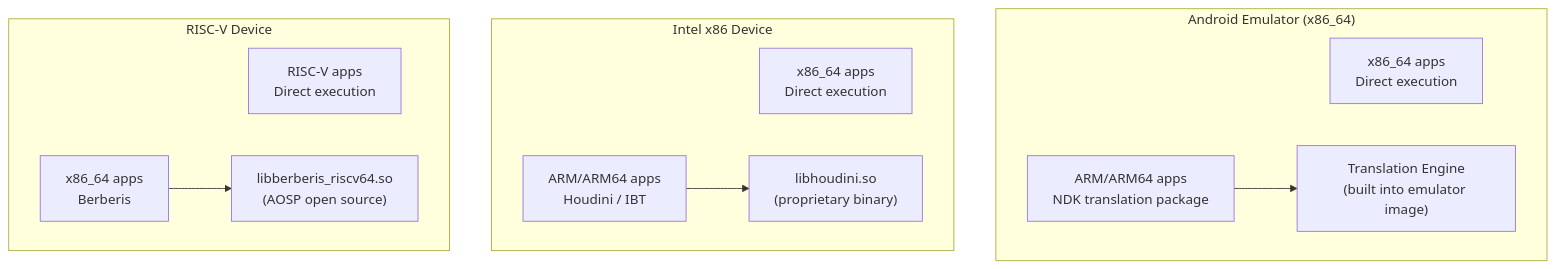
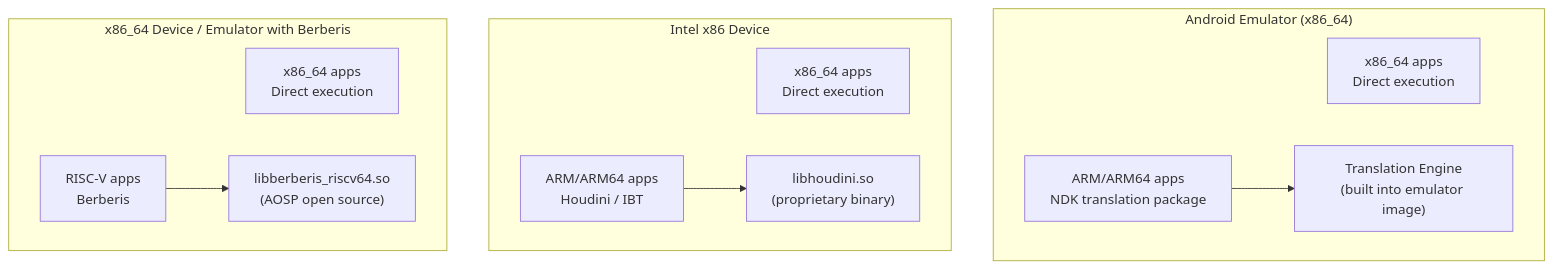
The tenth of 13 diagrams in agents/claude/skills/aosp-runtime/19-native-bridge.md (aospbooks/aosp-internal-book), drawn with Mermaid before and after one commit. The commit also changed other lines of this file and 218 other files, not shown here.

````diff
--- a/agents/claude/skills/aosp-runtime/19-native-bridge.md
+++ b/agents/claude/skills/aosp-runtime/19-native-bridge.md
@@ -1934,24 +1977,24 @@
 ```mermaid
 graph TB
     subgraph Emulator["Android Emulator (x86_64)"]
         E_NATIVE["x86_64 apps<br/>Direct execution"]
         E_BRIDGE["ARM/ARM64 apps<br/>NDK translation package"]
         E_ENGINE["Translation Engine<br/>(built into emulator image)"]
     end
 
     subgraph Device_Intel["Intel x86 Device"]
         D_NATIVE["x86_64 apps<br/>Direct execution"]
         D_BRIDGE["ARM/ARM64 apps<br/>Houdini / IBT"]
         D_ENGINE["libhoudini.so<br/>(proprietary binary)"]
     end
 
-    subgraph Device_RISCV["RISC-V Device"]
-        R_NATIVE["RISC-V apps<br/>Direct execution"]
-        R_BRIDGE["x86_64 apps<br/>Berberis"]
+    subgraph Device_RISCV["x86_64 Device / Emulator with Berberis"]
+        R_NATIVE["x86_64 apps<br/>Direct execution"]
+        R_BRIDGE["RISC-V apps<br/>Berberis"]
         R_ENGINE["libberberis_riscv64.so<br/>(AOSP open source)"]
     end
 
     E_BRIDGE --> E_ENGINE
     D_BRIDGE --> D_ENGINE
     R_BRIDGE --> R_ENGINE
 ```
````
